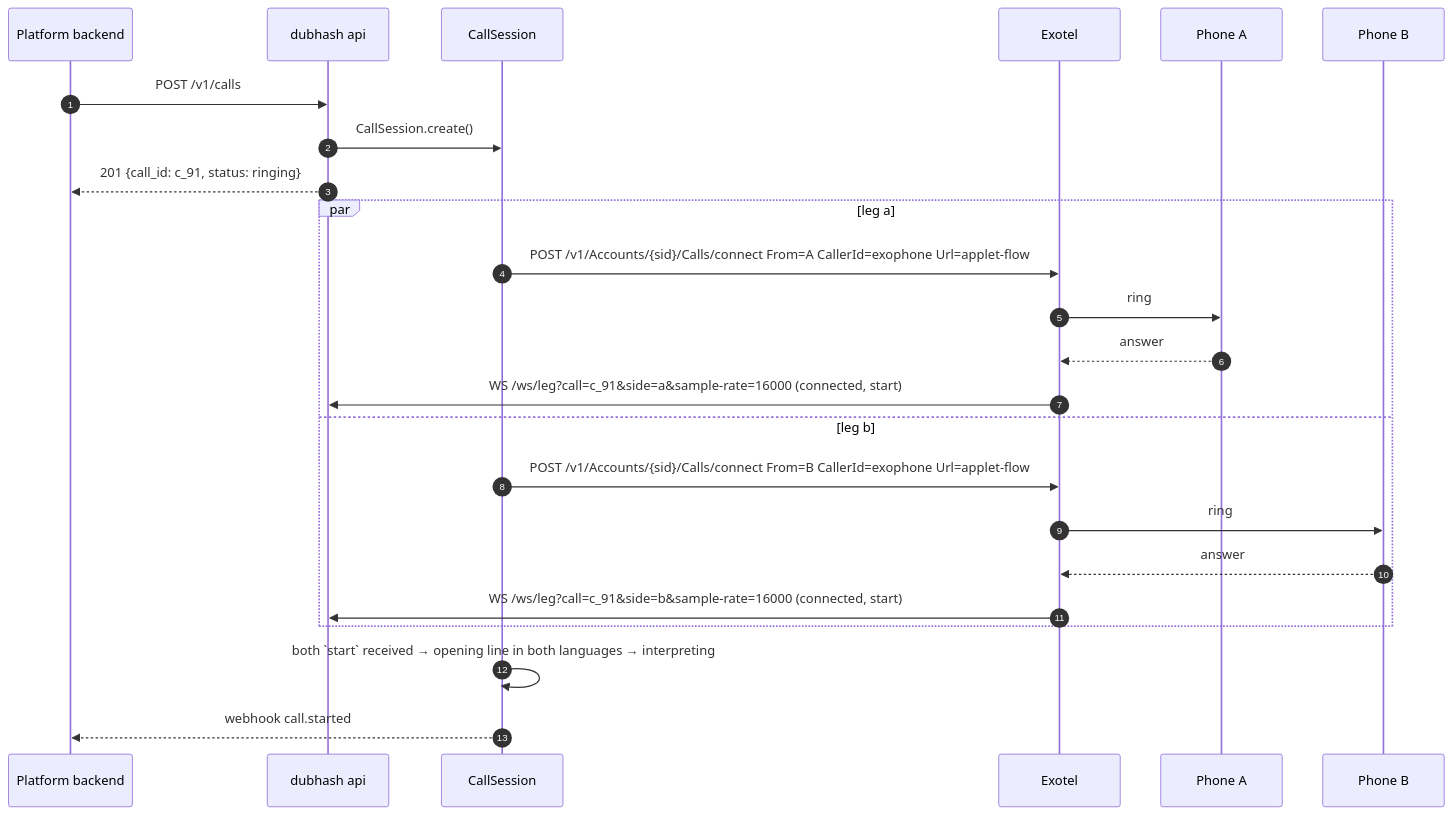
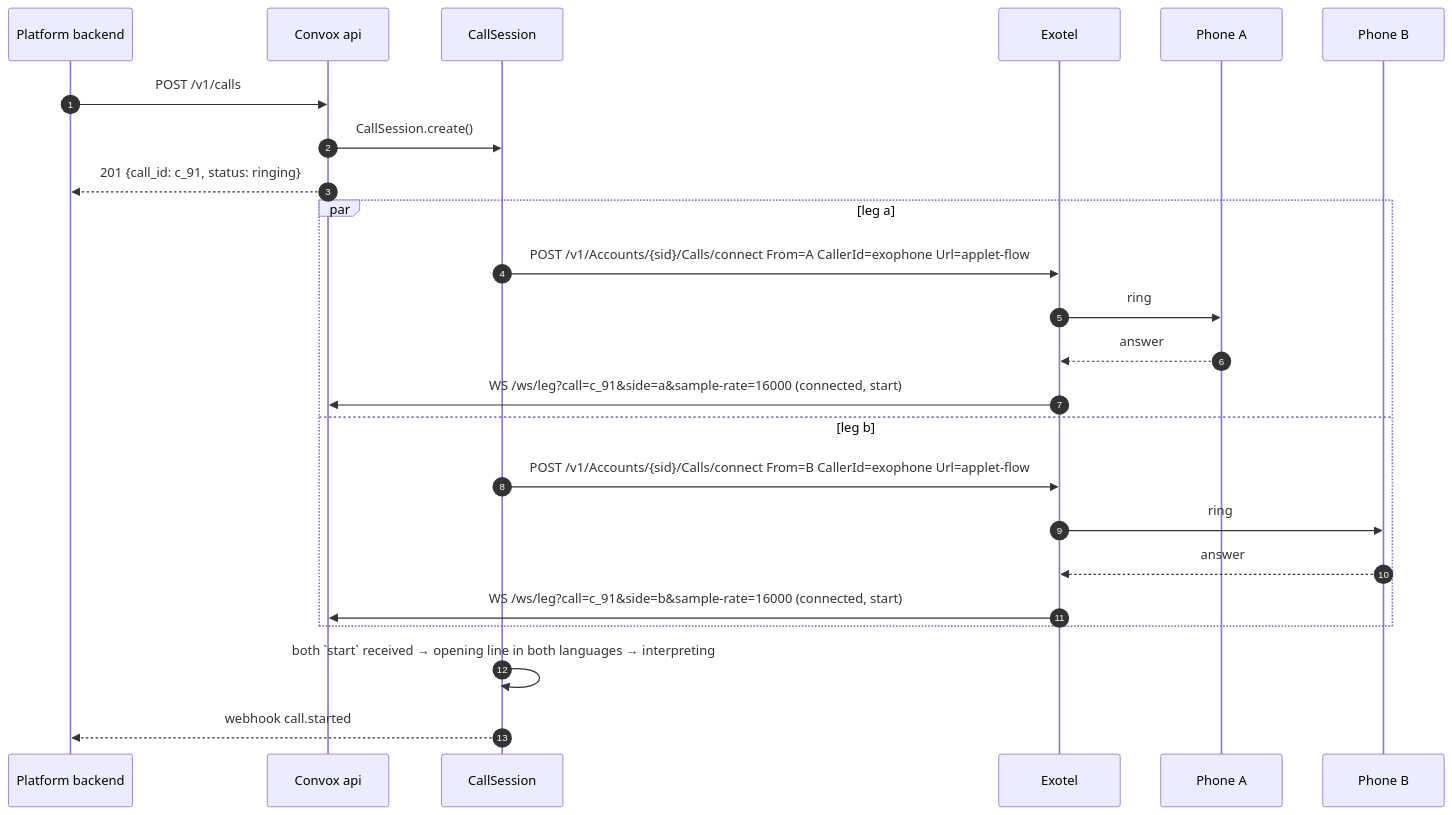
Before and after one commit to rohansx/convox: the first of 2 diagrams in docs/tech-spec/api.md, drawn with Mermaid. The commit also changed other lines of this file and 401 other files, not shown here.

````diff
--- a/docs/tech-spec/api.md
+++ b/docs/tech-spec/api.md
@@ -104,26 +104,26 @@
 ```mermaid
 sequenceDiagram
     autonumber
     participant P as Platform backend
-    participant D as dubhash api
+    participant D as Convox api
     participant S as CallSession
     participant X as Exotel
     participant A as Phone A
     participant B as Phone B
     P->>D: POST /v1/calls
     D->>S: CallSession.create()
     D-->>P: 201 {call_id: c_91, status: ringing}
     par leg a
         S->>X: POST /v1/Accounts/{sid}/Calls/connect From=A CallerId=exophone Url=applet-flow
         X->>A: ring
         A-->>X: answer
         X->>D: WS /ws/leg?call=c_91&side=a&sample-rate=16000 (connected, start)
     and leg b
         S->>X: POST /v1/Accounts/{sid}/Calls/connect From=B CallerId=exophone Url=applet-flow
         X->>B: ring
         B-->>X: answer
         X->>D: WS /ws/leg?call=c_91&side=b&sample-rate=16000 (connected, start)
     end
     S->>S: both `start` received → opening line in both languages → interpreting
     S-->>P: webhook call.started
 ```
````
